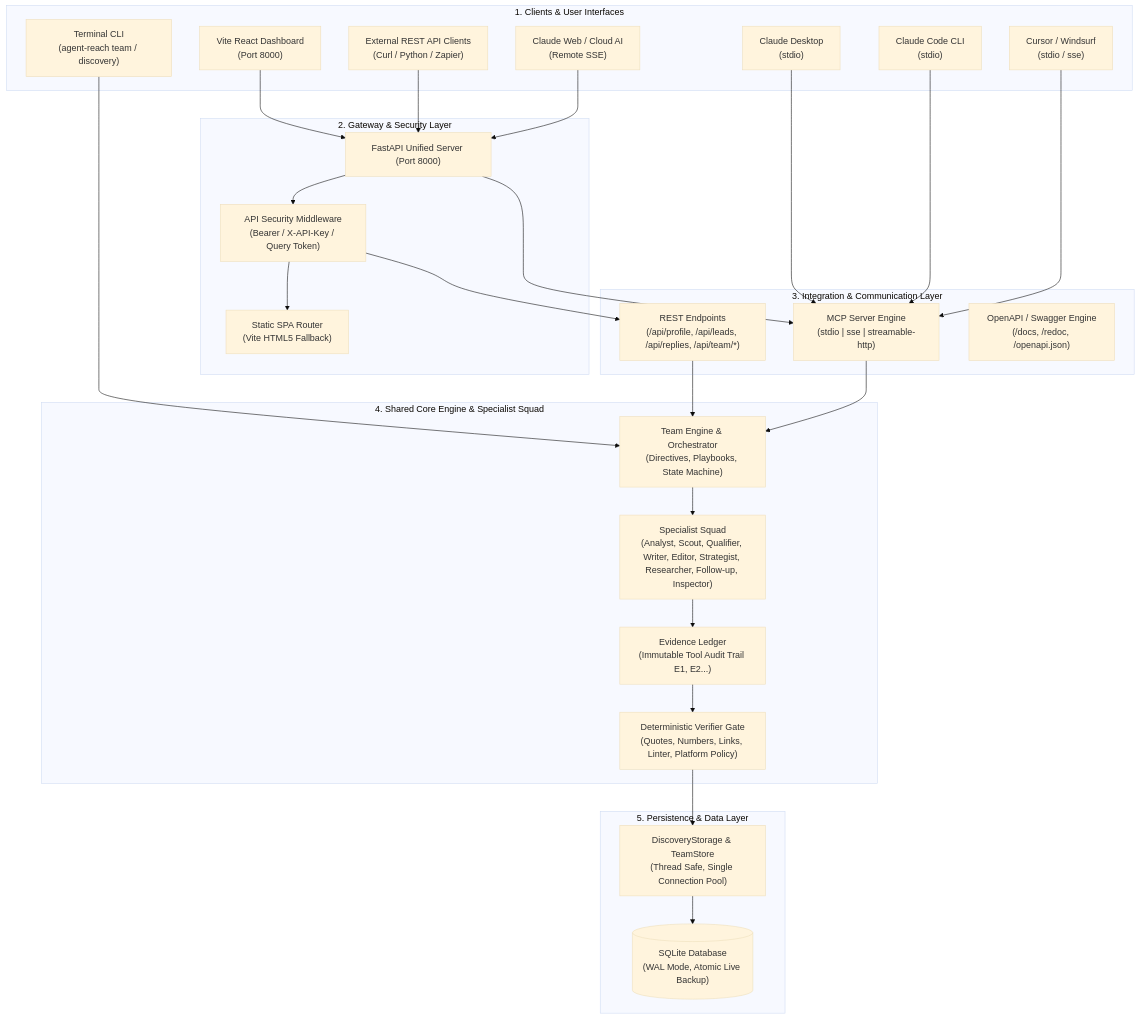
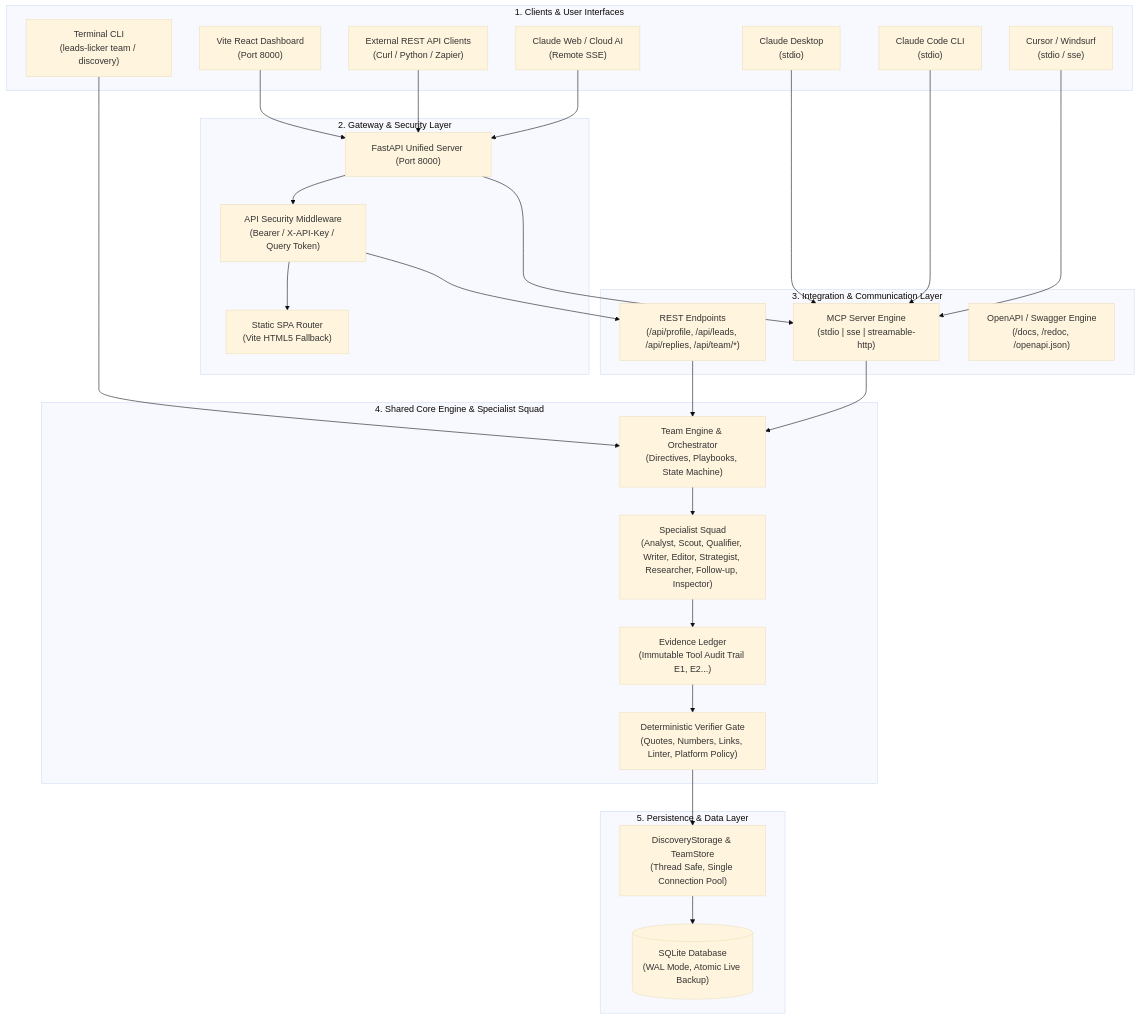
Before and after one commit to ErenYea9er69/leads-licker: the first of 3 diagrams in README.md, drawn with Mermaid (base theme). The commit also changed other lines of this file and 18 other files, not shown here.

Commit message:
chore: update branding and CLI references to leads-licker

````diff
--- a/README.md
+++ b/README.md
@@ -22,57 +22,57 @@
 ```mermaid
 graph TD
     subgraph Clients["1. Clients & User Interfaces"]
         UI_Dash["Vite React Dashboard<br/>(Port 8000)"]
         UI_ClaudeDesk["Claude Desktop<br/>(stdio)"]
         UI_ClaudeCode["Claude Code CLI<br/>(stdio)"]
         UI_IDE["Cursor / Windsurf<br/>(stdio / sse)"]
         UI_Remote["Claude Web / Cloud AI<br/>(Remote SSE)"]
         UI_REST["External REST API Clients<br/>(Curl / Python / Zapier)"]
-        UI_CLI["Terminal CLI<br/>(agent-reach team / discovery)"]
+        UI_CLI["Terminal CLI<br/>(leads-licker team / discovery)"]
     end
 
     subgraph Gateway["2. Gateway & Security Layer"]
         FastAPI_App["FastAPI Unified Server (Port 8000)"]
         Auth_MW["API Security Middleware<br/>(Bearer / X-API-Key / Query Token)"]
         SPA_Route["Static SPA Router<br/>(Vite HTML5 Fallback)"]
     end
 
     subgraph Integration["3. Integration & Communication Layer"]
         REST_Routes["REST Endpoints<br/>(/api/profile, /api/leads, /api/replies, /api/team/*)"]
         MCP_Server["MCP Server Engine<br/>(stdio | sse | streamable-http)"]
         OpenAPI_Docs["OpenAPI / Swagger Engine<br/>(/docs, /redoc, /openapi.json)"]
     end
 
     subgraph CoreEngine["4. Shared Core Engine & Specialist Squad"]
         Team_Engine["Team Engine & Orchestrator<br/>(Directives, Playbooks, State Machine)"]
         Squad["Specialist Squad<br/>(Analyst, Scout, Qualifier, Writer, Editor, Strategist, Researcher, Follow-up, Inspector)"]
         Verifier["Deterministic Verifier Gate<br/>(Quotes, Numbers, Links, Linter, Platform Policy)"]
         Ledger["Evidence Ledger<br/>(Immutable Tool Audit Trail E1, E2...)"]
     end
 
     subgraph DataLayer["5. Persistence & Data Layer"]
         Storage["DiscoveryStorage & TeamStore<br/>(Thread Safe, Single Connection Pool)"]
         SQLite_DB[("SQLite Database<br/>(WAL Mode, Atomic Live Backup)")]
     end
 
     UI_Dash --> FastAPI_App
     UI_REST --> FastAPI_App
     UI_Remote --> FastAPI_App
     FastAPI_App --> Auth_MW
     Auth_MW --> REST_Routes
     Auth_MW --> SPA_Route
     FastAPI_App --> MCP_Server
 
     UI_ClaudeDesk --> MCP_Server
     UI_ClaudeCode --> MCP_Server
     UI_IDE --> MCP_Server
     UI_CLI --> Team_Engine
 
     REST_Routes --> Team_Engine
     MCP_Server --> Team_Engine
     Team_Engine --> Squad
     Squad --> Ledger
     Ledger --> Verifier
     Verifier --> Storage
     Storage --> SQLite_DB
 ```
````
